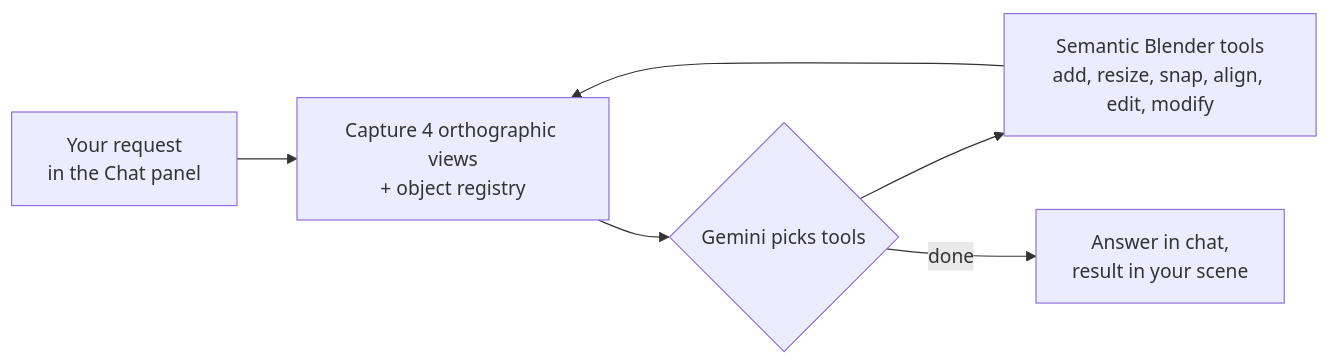
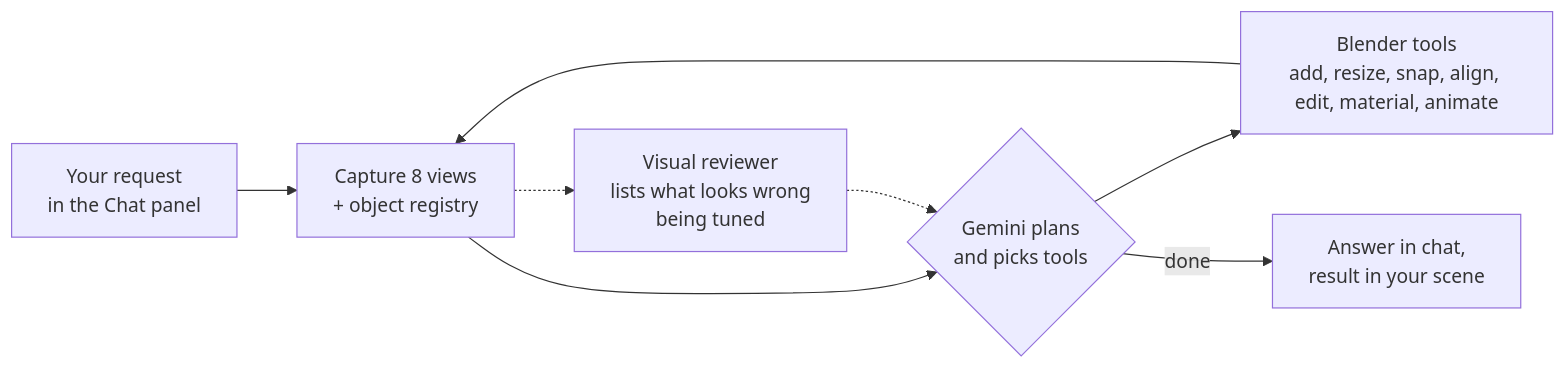
Before and after one commit to tayyab3245/sequence-3d-showcase: the diagram in README.md, drawn with Mermaid. The commit also changed other lines of this file, not shown here.

Commit message:
Update README: eight-view capture, visual reviewer, and roadmap

````diff
--- a/README.md
+++ b/README.md
@@ -21,8 +31,10 @@
 ```mermaid
 flowchart LR
-    U[Your request<br/>in the Chat panel] --> C[Capture 4 orthographic views<br/>+ object registry]
-    C --> AI{Gemini picks tools}
-    AI --> T[Semantic Blender tools<br/>add, resize, snap, align, edit, modify]
+    U[Your request<br/>in the Chat panel] --> C[Capture 8 views<br/>+ object registry]
+    C --> AI{Gemini plans<br/>and picks tools}
+    AI --> T[Blender tools<br/>add, resize, snap, align, edit, material, animate]
     T --> C
+    C -.-> V[Visual reviewer<br/>lists what looks wrong<br/>being tuned]
+    V -.-> AI
     AI -- done --> D[Answer in chat,<br/>result in your scene]
 ```
````
